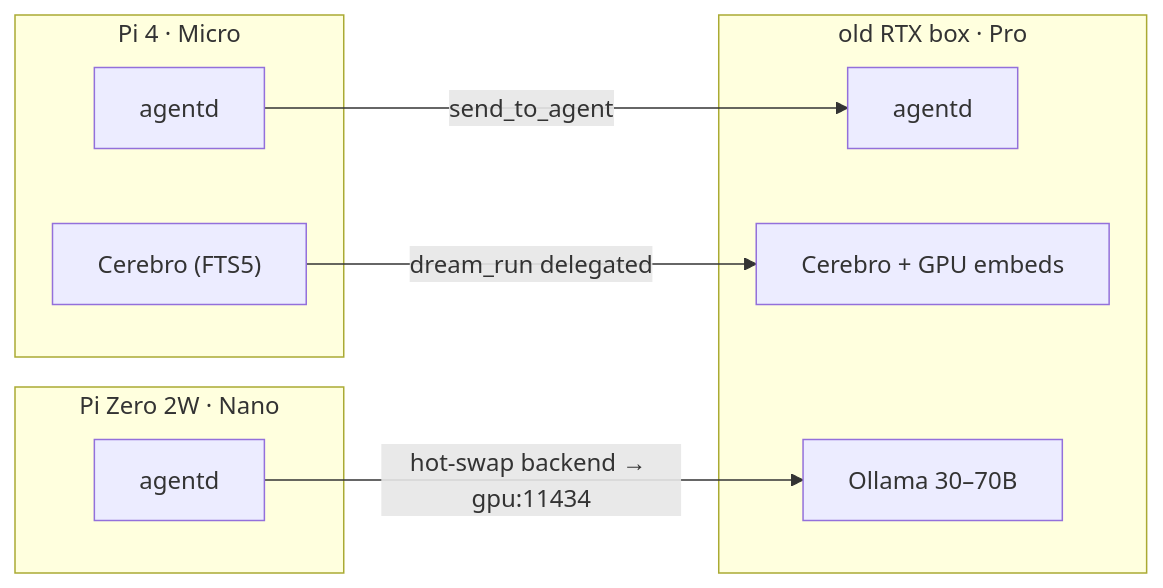
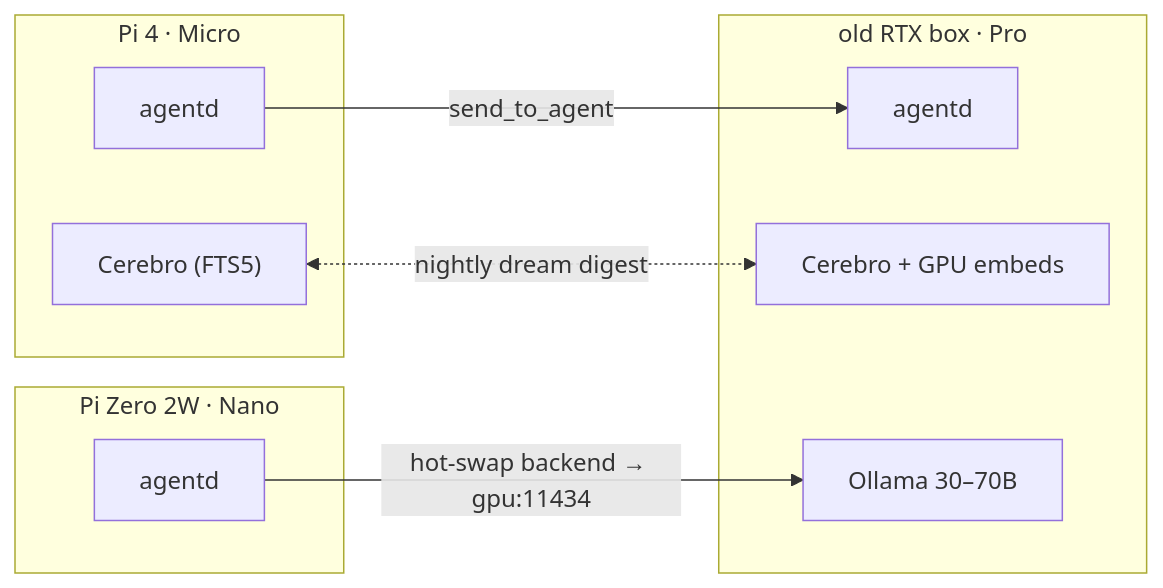
The fifth of 5 diagrams in README.md (buckster123/ApexOS-RS), drawn with Mermaid before and after one commit. The commit also changed other lines of this file and 25 other files, not shown here.

````diff
--- a/README.md
+++ b/README.md
@@ -189,18 +189,18 @@
 ```mermaid
 flowchart LR
     subgraph nano["Pi Zero 2W · Nano"]
         a1["agentd"]
     end
     subgraph micro["Pi 4 · Micro"]
         a2["agentd"]
         c2["Cerebro (FTS5)"]
     end
     subgraph gpu["old RTX box · Pro"]
         a3["agentd"]
         ol["Ollama 30–70B"]
         c3["Cerebro + GPU embeds"]
     end
     a1 -->|"hot-swap backend → gpu:11434"| ol
     a2 -->|send_to_agent| a3
-    c2 -->|dream_run delegated| c3
+    c2 <-.->|"nightly dream digest"| c3
 ```
````
